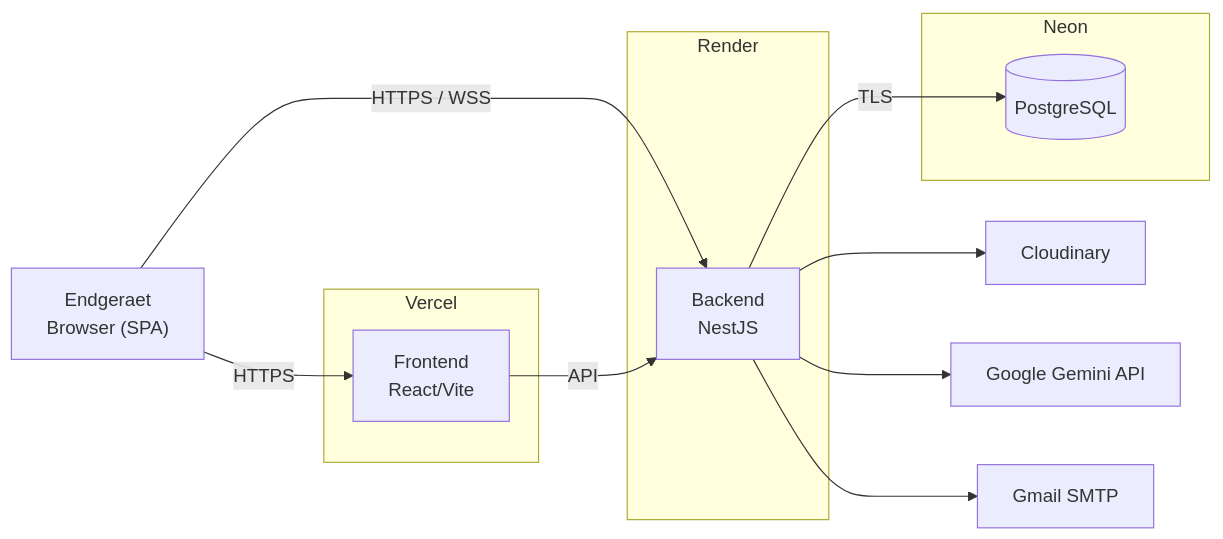
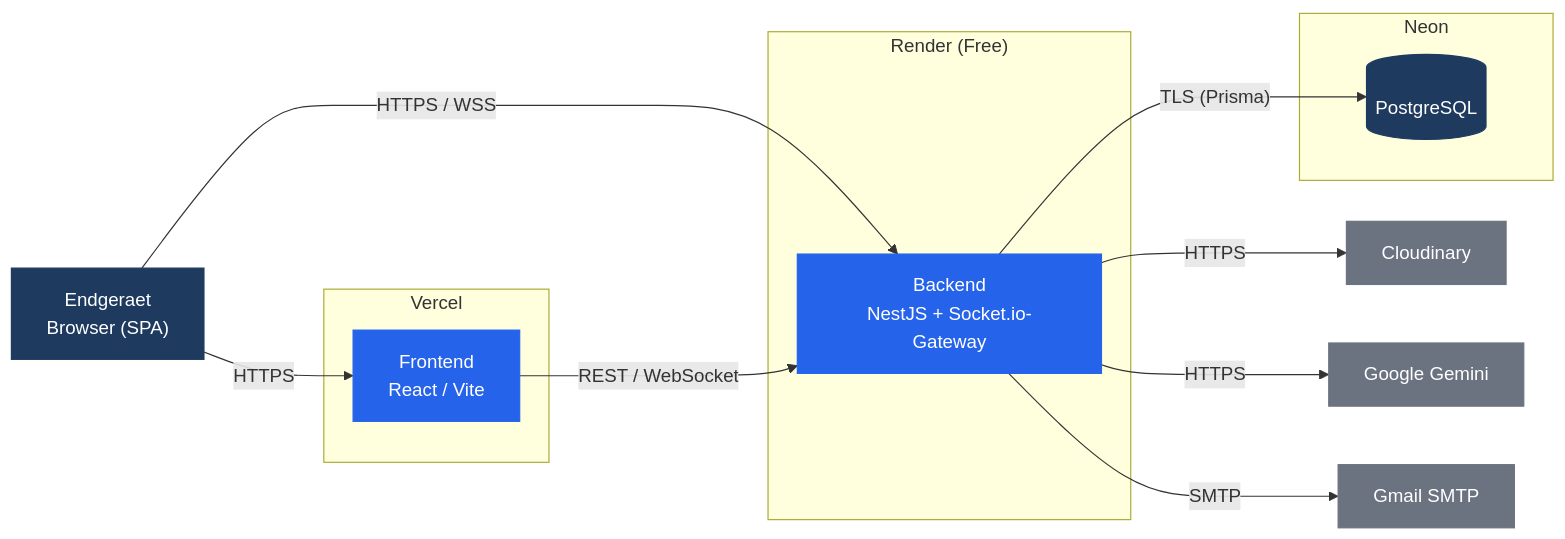
The diagram in docs/arch/diagrams-code/a07_verteilungssicht.mmd (PatilYash0110/THMarket), drawn with Mermaid before and after one commit.

Commit message:
docs(arch): update Verteilungssicht diagram

```diff
--- a/docs/arch/diagrams-code/a07_verteilungssicht.mmd
+++ b/docs/arch/diagrams-code/a07_verteilungssicht.mmd
@@ -1,22 +1,32 @@
-%% Abbildung 17: Verteilungssicht
 flowchart LR
     client["Endgeraet<br/>Browser (SPA)"]
-    subgraph Vercel
-        fe["Frontend<br/>React/Vite"]
+    subgraph Vercel["Vercel"]
+        fe["Frontend<br/>React / Vite"]
     end
-    subgraph Render
-        be["Backend<br/>NestJS"]
+    subgraph Render["Render (Free)"]
+        be["Backend<br/>NestJS + Socket.io-Gateway"]
     end
-    subgraph Neon
+    subgraph Neon["Neon"]
         db[("PostgreSQL")]
     end
     cl["Cloudinary"]
-    gm["Google Gemini API"]
+    gm["Google Gemini"]
     sm["Gmail SMTP"]
+
     client -->|HTTPS| fe
     client -->|"HTTPS / WSS"| be
-    fe -->|API| be
-    be -->|TLS| db
-    be --> cl
-    be --> gm
-    be --> sm
+    fe -->|"REST / WebSocket"| be
+    be -->|"TLS (Prisma)"| db
+    be -->|HTTPS| cl
+    be -->|HTTPS| gm
+    be -->|SMTP| sm
+
+    classDef host fill:#2563eb,stroke:#2563eb,color:#ffffff
+    classDef db fill:#1e3a5f,stroke:#1e3a5f,color:#ffffff
+    classDef external fill:#6b7280,stroke:#6b7280,color:#ffffff
+    classDef client fill:#1e3a5f,stroke:#1e3a5f,color:#ffffff
+
+    class fe,be host
+    class db db
+    class cl,gm,sm external
+    class client client
```
